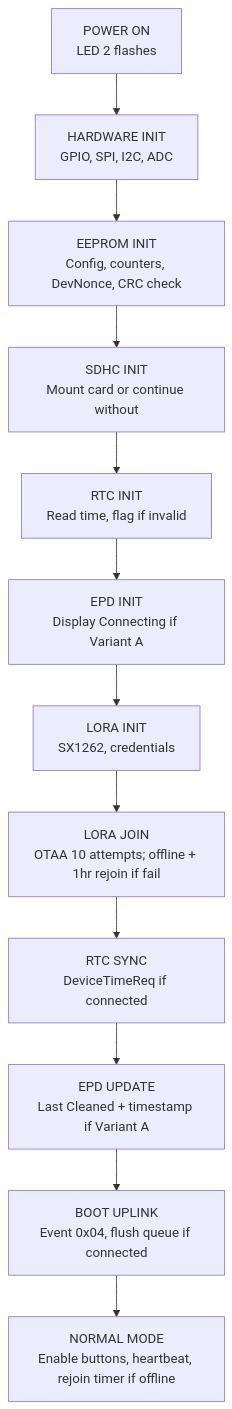
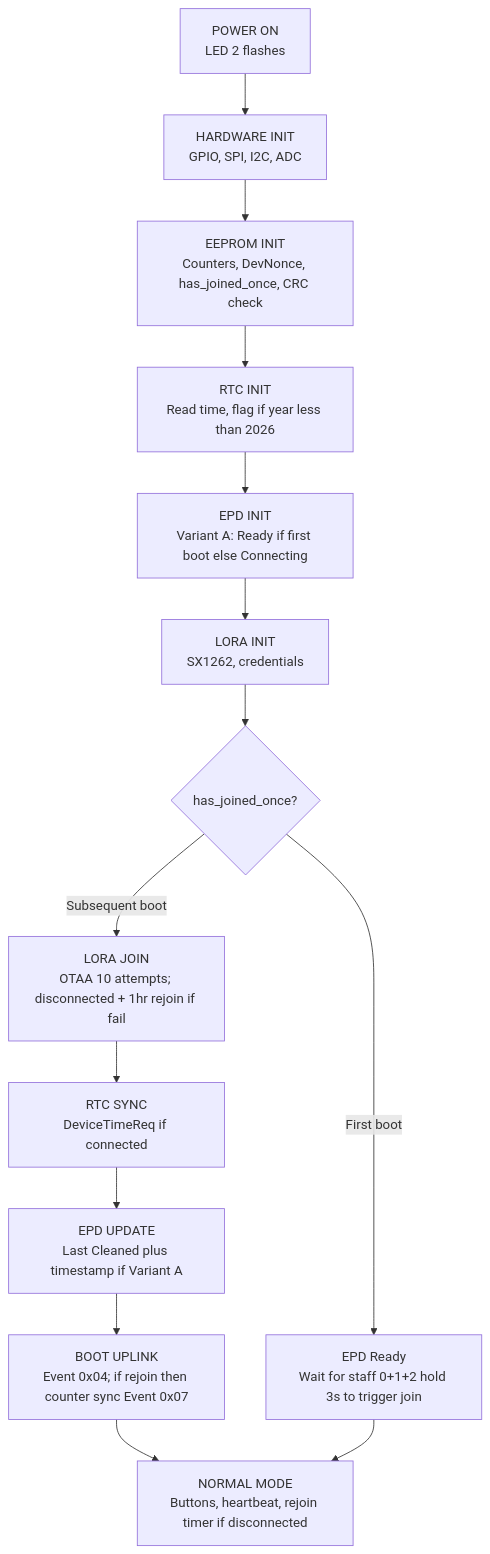
The diagram in v1.1/docs/appnotes/diagrams/boot-sequence.mmd (quiretech/FeedbackNow), drawn with Mermaid before and after one commit. The commit also changed 14 other files, not shown here.

```diff
--- a/v1.1/docs/appnotes/diagrams/boot-sequence.mmd
+++ b/v1.1/docs/appnotes/diagrams/boot-sequence.mmd
@@ -1,15 +1,19 @@
 flowchart TD
     P1[POWER ON\nLED 2 flashes]
     P2[HARDWARE INIT\nGPIO, SPI, I2C, ADC]
-    P3[EEPROM INIT\nConfig, counters, DevNonce, CRC check]
-    P4[SDHC INIT\nMount card or continue without]
-    P5[RTC INIT\nRead time, flag if invalid]
-    P6[EPD INIT\nDisplay Connecting if Variant A]
-    P7[LORA INIT\nSX1262, credentials]
-    P8[LORA JOIN\nOTAA 10 attempts; offline + 1hr rejoin if fail]
-    P9[RTC SYNC\nDeviceTimeReq if connected]
-    P10[EPD UPDATE\nLast Cleaned + timestamp if Variant A]
-    P11[BOOT UPLINK\nEvent 0x04, flush queue if connected]
-    P12[NORMAL MODE\nEnable buttons, heartbeat, rejoin timer if offline]
+    P3[EEPROM INIT\nCounters, DevNonce, has_joined_once, CRC check]
+    P4[RTC INIT\nRead time, flag if year less than 2026]
+    P5[EPD INIT\nVariant A: Ready if first boot else Connecting]
+    P6[LORA INIT\nSX1262, credentials]
+    P7{has_joined_once?}
+    P8[EPD Ready\nWait for staff 0+1+2 hold 3s to trigger join]
+    P9[LORA JOIN\nOTAA 10 attempts; disconnected + 1hr rejoin if fail]
+    P10[RTC SYNC\nDeviceTimeReq if connected]
+    P11[EPD UPDATE\nLast Cleaned plus timestamp if Variant A]
+    P12[BOOT UPLINK\nEvent 0x04; if rejoin then counter sync Event 0x07]
+    P13[NORMAL MODE\nButtons, heartbeat, rejoin timer if disconnected]
 
-    P1 --> P2 --> P3 --> P4 --> P5 --> P6 --> P7 --> P8 --> P9 --> P10 --> P11 --> P12
+    P1 --> P2 --> P3 --> P4 --> P5 --> P6 --> P7
+    P7 -->|First boot| P8
+    P7 -->|Subsequent boot| P9 --> P10 --> P11 --> P12 --> P13
+    P8 --> P13
```
